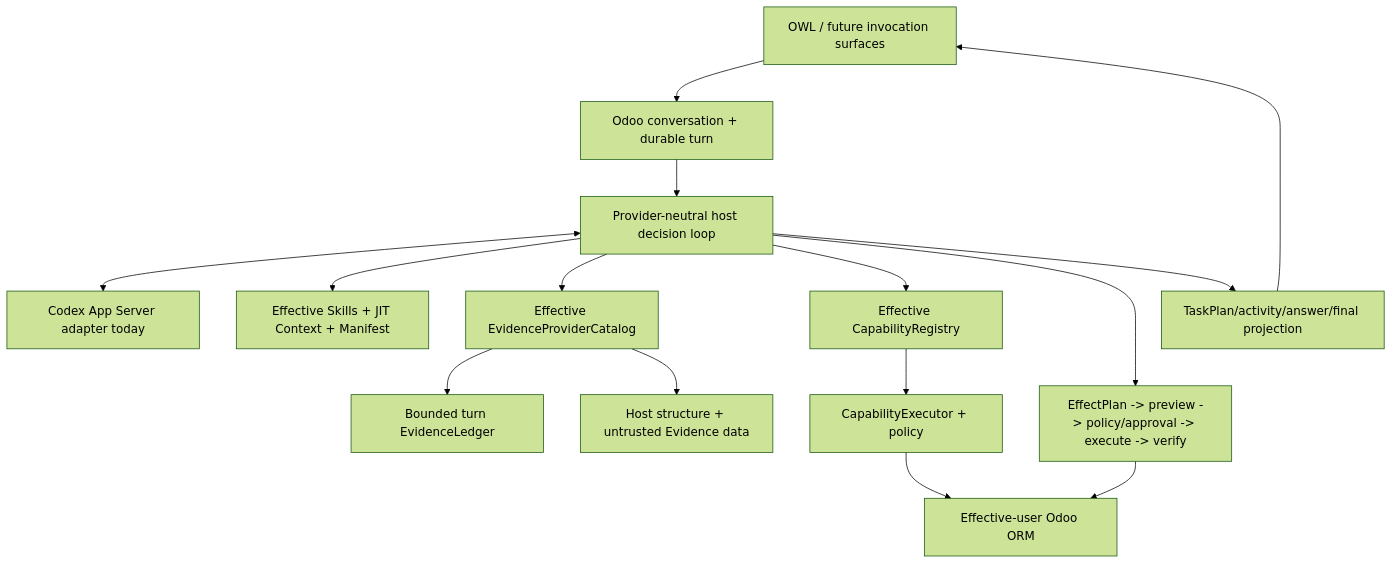
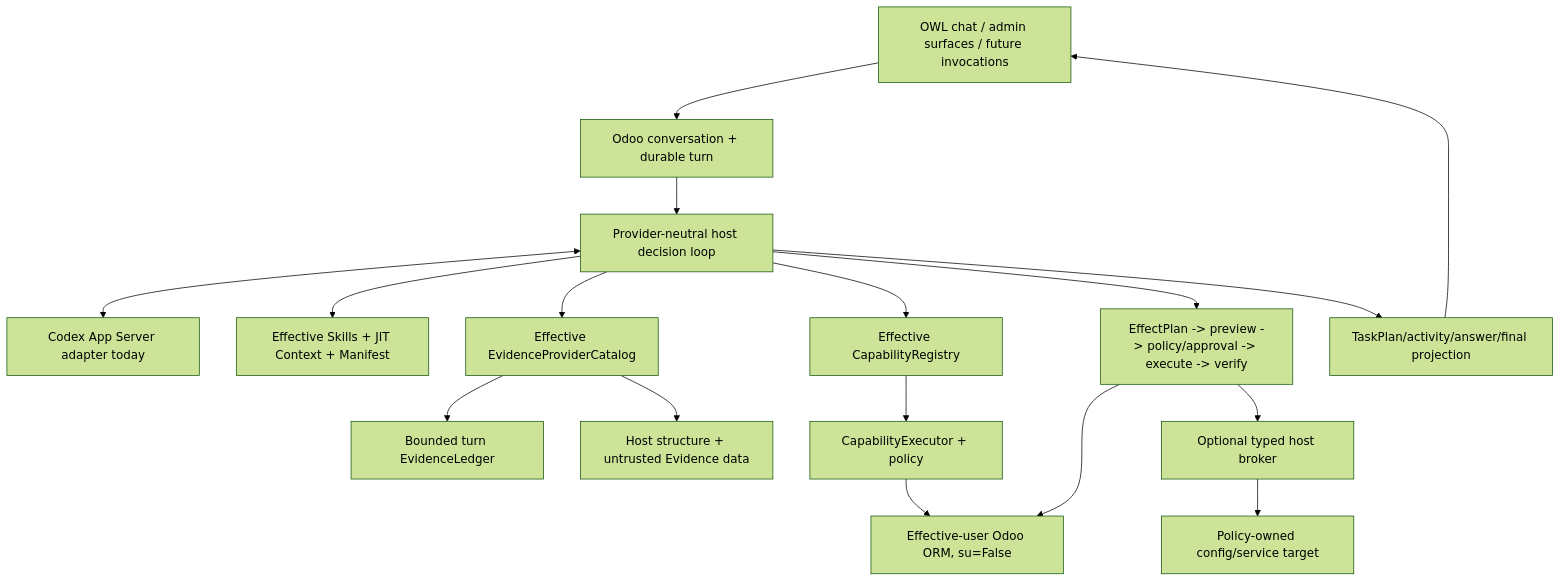
One commit to CPX-001/ai-odoo-assistant changed the diagram in docs/README.md. Above: the diagram before and after it, drawn with Mermaid (forest theme). The commit also changed other lines of this file, not shown here.

````diff
--- a/docs/README.md
+++ b/docs/README.md
@@ -32,17 +40,19 @@
 ```mermaid
 flowchart TB
-    UI[OWL / future invocation surfaces] --> TURN[Odoo conversation + durable turn]
+    UI[OWL chat / admin surfaces / future invocations] --> TURN[Odoo conversation + durable turn]
     TURN --> HOST[Provider-neutral host decision loop]
     HOST <--> MODEL[Codex App Server adapter today]
     HOST --> EXT[Effective Skills + JIT Context + Manifest]
     HOST --> EVC[Effective EvidenceProviderCatalog]
     EVC --> LEDGER[Bounded turn EvidenceLedger]
     EVC --> EDATA[Host structure + untrusted Evidence data]
     HOST --> CAT[Effective CapabilityRegistry]
     CAT --> EXEC[CapabilityExecutor + policy]
-    EXEC --> ORM[Effective-user Odoo ORM]
+    EXEC --> ORM[Effective-user Odoo ORM, su=False]
     HOST --> EFFECT[EffectPlan -> preview -> policy/approval -> execute -> verify]
     EFFECT --> ORM
+    EFFECT --> BROKER[Optional typed host broker]
+    BROKER --> TARGET[Policy-owned config/service target]
     HOST --> LIVE[TaskPlan/activity/answer/final projection]
     LIVE --> UI
 ```
````
